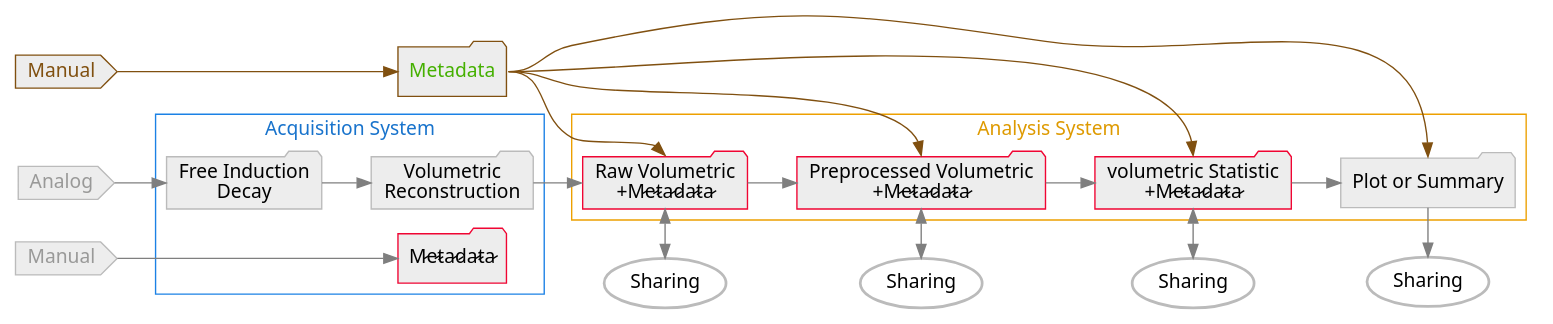
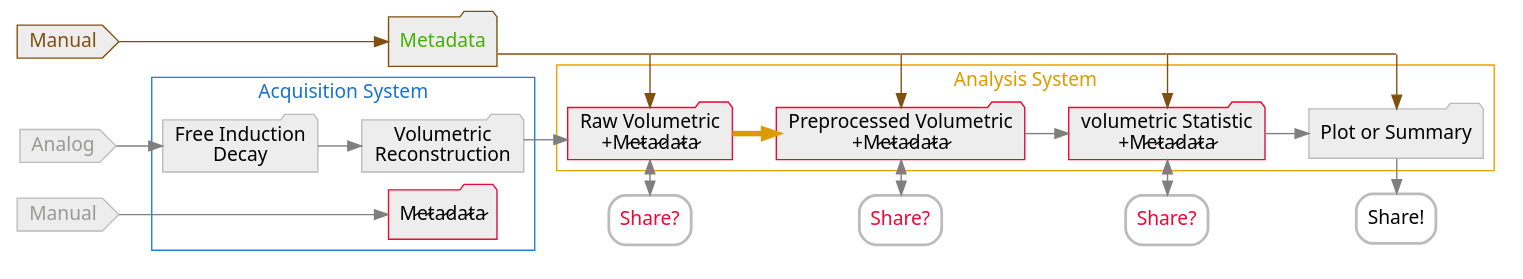
Before and after one commit to Jimmy2027/mlebe_RepSep: the diagram in data/metadata_bad.dot, drawn with Graphviz. The commit also changed 8 other files, not shown here.

Commit message:
Figure 1 content and style update

```diff
--- a/data/metadata_bad.dot
+++ b/data/metadata_bad.dot
@@ -1,60 +1,68 @@
 digraph graphname {
     newrank = true;
     size="26,12";
     rankdir="LR";
-    graph [fontname = "sans"];
+    graph [splines=ortho, fontname="sans", pad="0.07", nodesep="0.175", ranksep="0.45"];
     node [fontname = "sans", style=filled];
     edge [fontname = "sans", color=gray50];
-    d_[label="Sharing", style="bold, rounded", color="#BBBBBB"];
-    e_[label="Sharing", style="bold, rounded", color="#BBBBBB"];
-    f_[label="Sharing", style="bold, rounded", color="#BBBBBB"];
-    g_[label="Sharing", style="bold, rounded", color="#BBBBBB"];
+    d_[label=<<FONT COLOR="#F00533">Share?</FONT>>, style="bold, rounded", color="#BBBBBB", shape="box"];
+    e_[label=<<FONT COLOR="#F00533">Share?</FONT>>, style="bold, rounded", color="#BBBBBB", shape="box"];
+    f_[label=<<FONT COLOR="#F00533">Share?</FONT>>, style="bold, rounded", color="#BBBBBB", shape="box"];
+    g_[label="Share!", style="bold, rounded", color="#BBBBBB", shape="box"];
     a[label="Analog  ", shape=cds, color="#BBBBBB", fillcolor=grey93, fontcolor="#999998"];
     b[label="Free Induction\nDecay", shape=folder, color="#BBBBBB", fillcolor=grey93];
     c[label="Volumetric\nReconstruction", shape=folder, color="#BBBBBB", fillcolor=grey93];
     d[label="Raw Volumetric\n +M̷e̷t̷a̷d̷a̷t̷a̷", shape=folder, color="#F00533", fillcolor=grey93];
     e[label="Preprocessed Volumetric\n +M̷e̷t̷a̷d̷a̷t̷a̷", shape=folder, color="#F00533", fillcolor=grey93];
     f[label="volumetric Statistic\n +M̷e̷t̷a̷d̷a̷t̷a̷", shape=folder, color="#F00533", fillcolor=grey93];
     g[label="Plot or Summary", shape=folder, color="#BBBBBB", fillcolor=grey93];
     m0[label="Manual  ", shape=cds, color="#BBBBBB", fillcolor=grey93, fontcolor="#999998"];
     m1[label="M̷e̷t̷a̷d̷a̷t̷a̷", shape=folder, color="#F00533", fillcolor=grey93];
     m_bad[
         label=<<FONT COLOR="#45B000">Metadata</FONT>>,
         shape=folder, color="#805010", fillcolor=grey93,
         ];
     m0_bad[label="Manual  ", shape=cds, color="#805010", fillcolor=grey93, fontcolor="#805010"];
+    d_branch[label = "d_branch", style = invis, shape=point, width=.0]
+    e_branch[label = "e_branch", style = invis, shape=point, width=.0]
+    f_branch[label = "f_branch", style = invis, shape=point, width=.0]
+    g_branch[label = "g_branch", style = invis, shape=point, width=.0]
     
     m0 -> m1 ;
     m0_bad -> m_bad[color="#805010"];
-    m_bad:e -> d:n[color="#805010"];
-    m_bad:e -> e:n[color="#805010"];
-    m_bad:e -> f:n[color="#805010"];
-    m_bad:e -> g:n[color="#805010"];
+    m_bad:e -> d_branch[color="#805010", arrowhead=none];
+    d_branch -> d:n[color="#805010"];
+    d_branch -> e_branch[color="#805010", arrowhead=none];
+    e_branch -> e:n[color="#805010"];
+    e_branch -> f_branch[color="#805010", arrowhead=none];
+    f_branch -> f:n[color="#805010"];
+    f_branch -> g_branch[color="#805010", arrowhead=none];
+    g_branch -> g:n[color="#805010"];
     a -> b ;
     subgraph cluster1 {
         b -> c ;
         m1;
         label = "Acquisition System";
         fontcolor = "#1873cc";
         color = "#1b81e5";
     }
     c -> d:w ;
     subgraph cluster2 {
-        d -> e ;
+        d -> e [arrowsize=0.9, penwidth=4, color="#DE9A00"];
         e -> f ;
         f -> g ;
         label = "Analysis System";
         fontcolor = "#DE9A00";
         color = "#EDA000";
     }
     d -> d_ [dir=both, minlen=2];
     e -> e_ [dir=both, minlen=2];
     f -> f_ [dir=both, minlen=2];
     g -> g_ [minlen=2];
     {rank=same; a; m0; m0_bad}
     {rank=same; c; m1; m_bad}
-    {rank=same; d; d_}
-    {rank=same; e; e_}
-    {rank=same; f; f_}
-    {rank=same; g; g_}
+    {rank=same; d; d_; d_branch}
+    {rank=same; e; e_; e_branch}
+    {rank=same; f; f_; f_branch}
+    {rank=same; g; g_; g_branch}
 }
```
